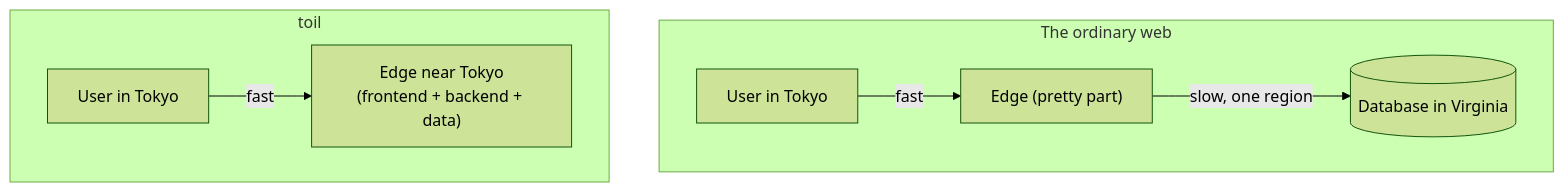
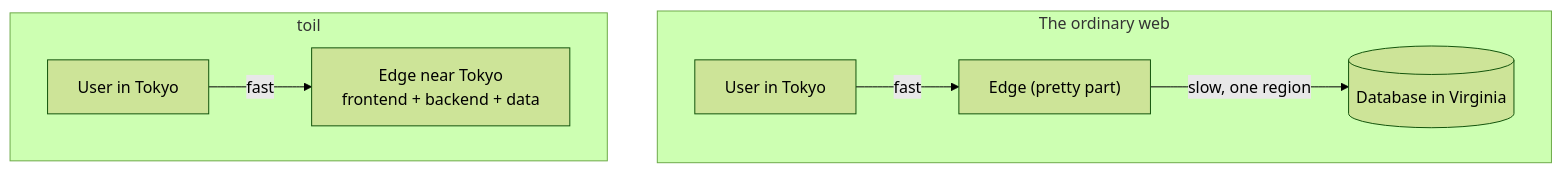
Before and after one commit to dacely-cloud/toiljs: the diagram in docs/introduction/README.md, drawn with Mermaid (forest theme). The commit also changed other lines of this file and 8 other files, not shown here.

````diff
--- a/docs/introduction/README.md
+++ b/docs/introduction/README.md
@@ -11,10 +13,10 @@
 ```mermaid
 flowchart TB
     subgraph Ordinary["The ordinary web"]
         U1["User in Tokyo"] -->|fast| E1["Edge (pretty part)"]
         E1 -->|slow, one region| DB1[("Database in Virginia")]
     end
     subgraph Toil["toil"]
-        U2["User in Tokyo"] -->|fast| E2["Edge near Tokyo<br/>(frontend + backend + data)"]
+        U2["User in Tokyo"] -->|fast| E2["Edge near Tokyo<br/>frontend + backend + data"]
     end
 ```
````
